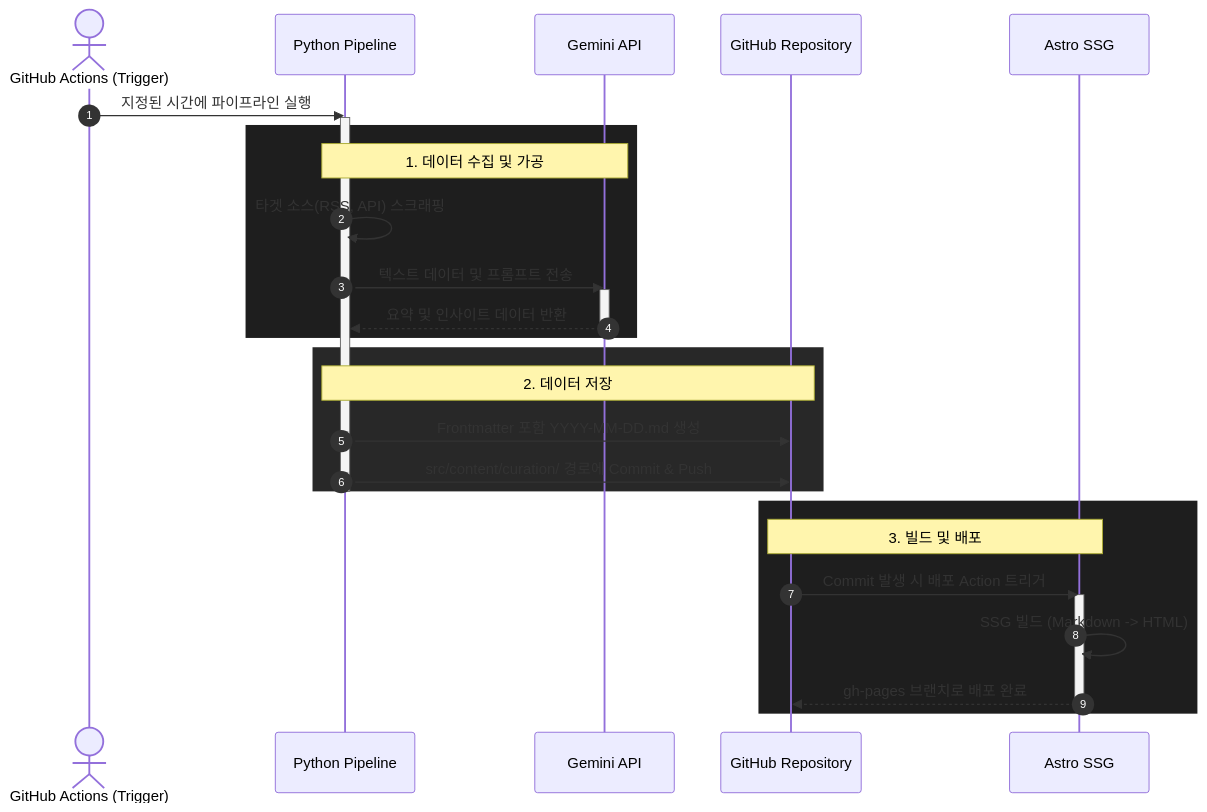
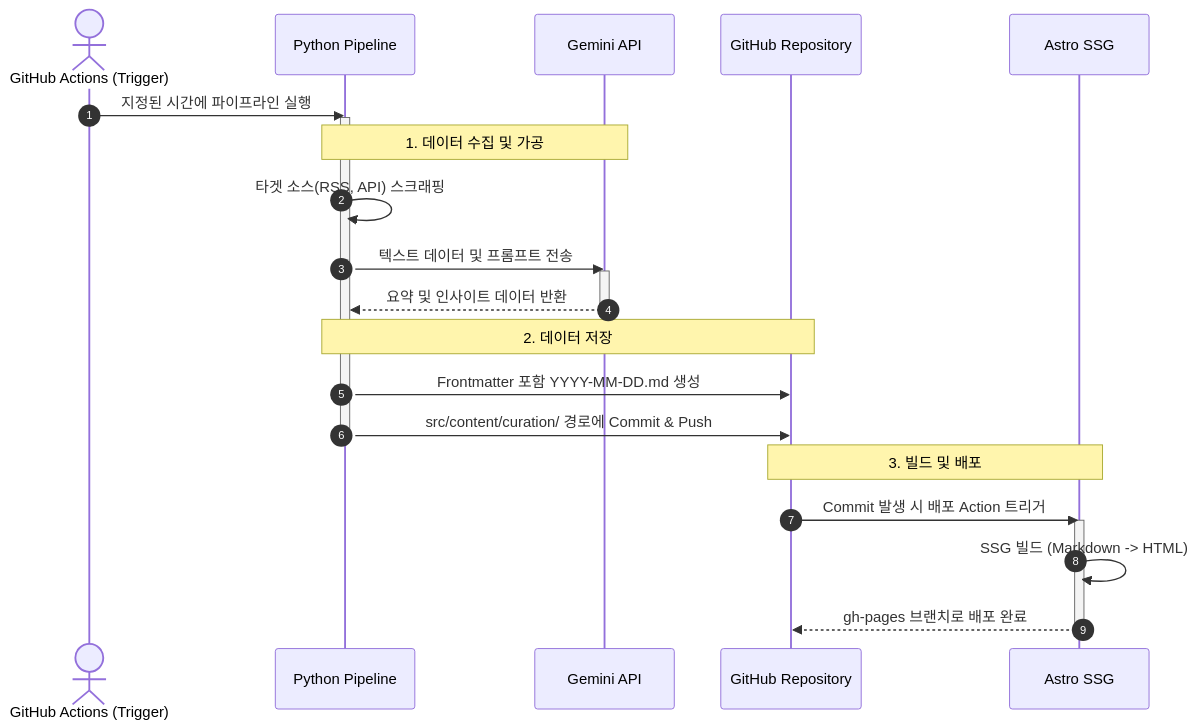
The second of 3 diagrams in src/content/blog/2026-04-23-ai-curator-파이프라인-구축-방안.md (jwsung91/jwsung91.github.io), drawn with Mermaid before and after one commit. The commit also changed other lines of this file and 35 other files, not shown here.

````diff
--- a/src/content/blog/2026-04-23-ai-curator-파이프라인-구축-방안.md
+++ b/src/content/blog/2026-04-23-ai-curator-파이프라인-구축-방안.md
@@ -80,37 +78,31 @@
 ```mermaid
 sequenceDiagram
     autonumber
     actor Cron as GitHub Actions (Trigger)
     participant Fetcher as Python Pipeline
     participant LLM as Gemini API
     participant Repo as GitHub Repository
     participant Astro as Astro SSG
 
     Cron->>Fetcher: 지정된 시간에 파이프라인 실행
     activate Fetcher
 
-    rect rgb(30, 30, 30)
     Note over Fetcher, LLM: 1. 데이터 수집 및 가공
     Fetcher->>Fetcher: 타겟 소스(RSS, API) 스크래핑
     Fetcher->>LLM: 텍스트 데이터 및 프롬프트 전송
     activate LLM
     LLM-->>Fetcher: 요약 및 인사이트 데이터 반환
     deactivate LLM
-    end
 
-    rect rgb(40, 40, 40)
     Note over Fetcher, Repo: 2. 데이터 저장
     Fetcher->>Repo: Frontmatter 포함 YYYY-MM-DD.md 생성
     Fetcher->>Repo: src/content/curation/ 경로에 Commit & Push
-    end
     deactivate Fetcher
 
-    rect rgb(30, 30, 30)
     Note over Repo, Astro: 3. 빌드 및 배포
     Repo->>Astro: Commit 발생 시 배포 Action 트리거
     activate Astro
     Astro->>Astro: SSG 빌드 (Markdown -> HTML)
     Astro-->>Repo: gh-pages 브랜치로 배포 완료
     deactivate Astro
-    end
 ```
````
